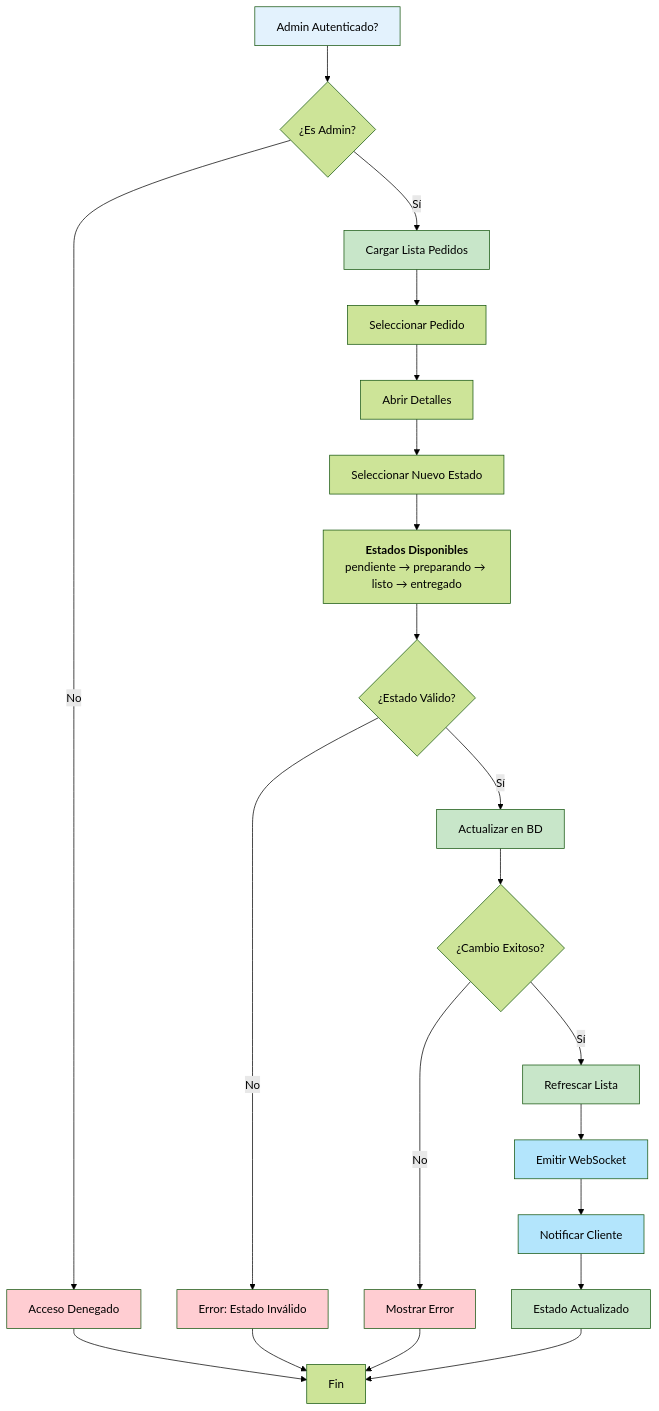
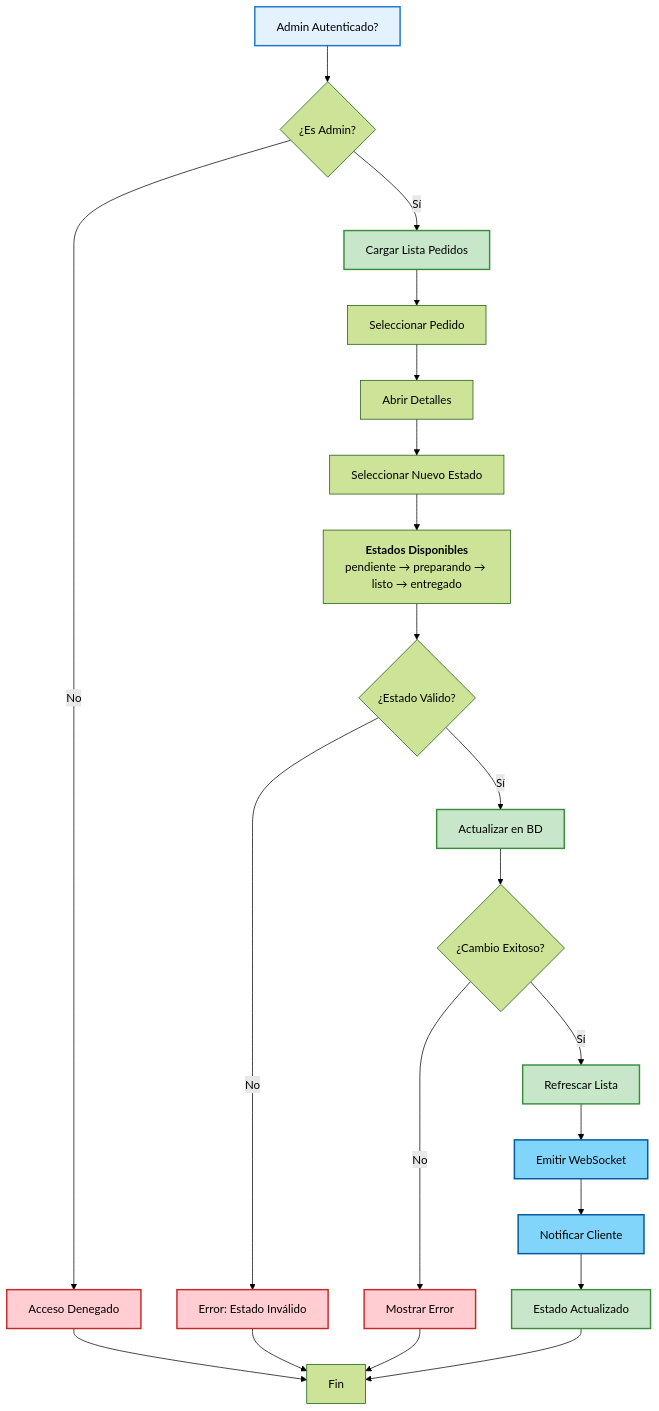
One commit to keanroti/Cafeteria changed the fourth of 9 diagrams in DIAGRAMAS_UML.md. Above: the diagram before and after it, drawn with Mermaid (forest theme). The commit also changed other lines of this file, not shown here.

Commit message:
diagramas

````diff
--- a/DIAGRAMAS_UML.md
+++ b/DIAGRAMAS_UML.md
@@ -231,40 +231,40 @@
 ```mermaid
 flowchart TD
     A["Admin Autenticado?"] --> B{¿Es Admin?}
     B -->|No| C["Acceso Denegado"]
     B -->|Sí| D["Cargar Lista Pedidos"]
     
     C --> Z["Fin"]
     
     D --> E["Seleccionar Pedido"]
     E --> F["Abrir Detalles"]
     F --> G["Seleccionar Nuevo Estado"]
     G --> H["<b>Estados Disponibles</b><br/>pendiente → preparando → listo → entregado"]
     H --> I{¿Estado Válido?}
     
     I -->|No| J["Error: Estado Inválido"]
     J --> Z
     
     I -->|Sí| K["Actualizar en BD"]
     K --> L{¿Cambio Exitoso?}
     
     L -->|No| M["Mostrar Error"]
     M --> Z
     
     L -->|Sí| N["Refrescar Lista"]
     N --> O["Emitir WebSocket"]
     O --> P["Notificar Cliente"]
     P --> Q["Estado Actualizado"]
     Q --> Z
     
-    style A fill:#e3f2fd
-    style D fill:#c8e6c9
-    style K fill:#c8e6c9
-    style N fill:#c8e6c9
-    style O fill:#b3e5fc
-    style P fill:#b3e5fc
-    style Q fill:#c8e6c9
-    style C fill:#ffcdd2
-    style J fill:#ffcdd2
-    style M fill:#ffcdd2
+    style A fill:#E3F2FD,stroke:#1976D2,stroke-width:2px
+    style D fill:#C8E6C9,stroke:#388E3C,stroke-width:2px
+    style K fill:#C8E6C9,stroke:#388E3C,stroke-width:2px
+    style N fill:#C8E6C9,stroke:#388E3C,stroke-width:2px
+    style O fill:#81D4FA,stroke:#01579B,stroke-width:2px
+    style P fill:#81D4FA,stroke:#01579B,stroke-width:2px
+    style Q fill:#C8E6C9,stroke:#388E3C,stroke-width:2px
+    style C fill:#FFCDD2,stroke:#C62828,stroke-width:2px
+    style J fill:#FFCDD2,stroke:#C62828,stroke-width:2px
+    style M fill:#FFCDD2,stroke:#C62828,stroke-width:2px
 ```
````
